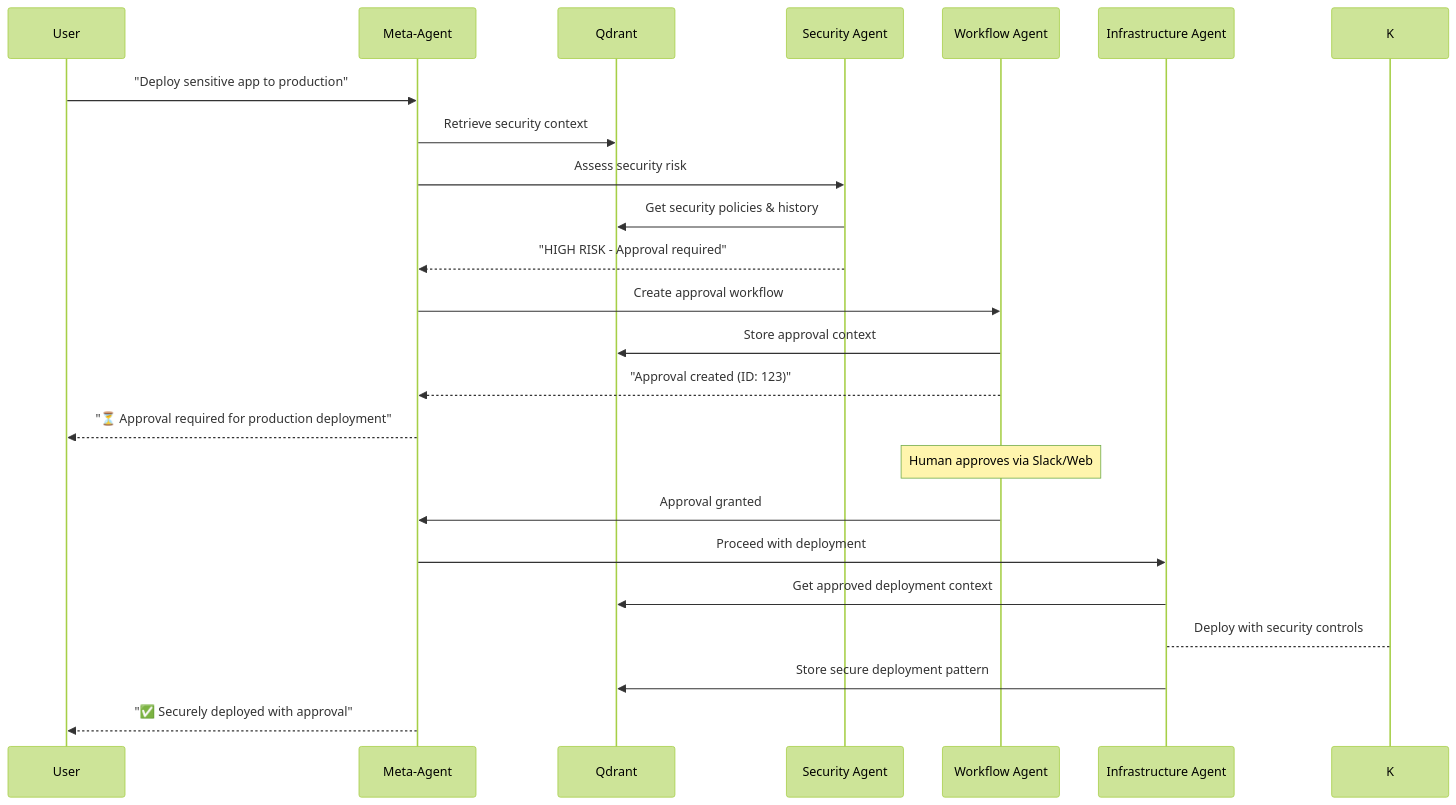
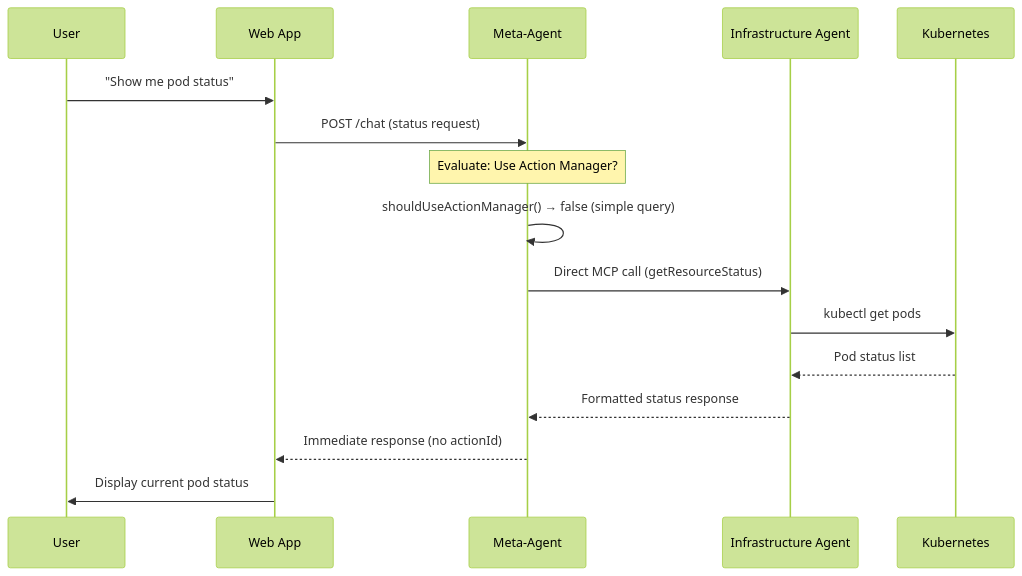
Before and after one commit to ayansasmal/idp-agent: the fourth of 6 diagrams in docs/MULTI-AGENT-ARCHITECTURE.md, drawn with Mermaid (forest theme). The commit also changed other lines of this file and 4 other files, not shown here.

````diff
--- a/docs/MULTI-AGENT-ARCHITECTURE.md
+++ b/docs/MULTI-AGENT-ARCHITECTURE.md
@@ -67,28 +267,21 @@
 ```mermaid
 sequenceDiagram
     participant U as User
+    participant W as Web App  
     participant M as Meta-Agent
-    participant Q as Qdrant
-    participant SA as Security Agent
-    participant WA as Workflow Agent
     participant IA as Infrastructure Agent
+    participant K as Kubernetes
 
-    U->>M: "Deploy sensitive app to production"
-    M->>Q: Retrieve security context
-    M->>SA: Assess security risk
-    SA->>Q: Get security policies & history
-    SA-->>M: "HIGH RISK - Approval required"
-    M->>WA: Create approval workflow
-    WA->>Q: Store approval context
-    WA-->>M: "Approval created (ID: 123)"
-    M-->>U: "⏳ Approval required for production deployment"
+    U->>W: "Show me pod status"
+    W->>M: POST /chat (status request)
     
-    Note over WA: Human approves via Slack/Web
+    Note over M: Evaluate: Use Action Manager?
+    M->>M: shouldUseActionManager() → false (simple query)
     
-    WA->>M: Approval granted
-    M->>IA: Proceed with deployment
-    IA->>Q: Get approved deployment context
-    IA-->K: Deploy with security controls
-    IA->>Q: Store secure deployment pattern
-    M-->>U: "✅ Securely deployed with approval"
+    M->>IA: Direct MCP call (getResourceStatus)
+    IA->>K: kubectl get pods
+    K-->>IA: Pod status list
+    IA-->>M: Formatted status response
+    M-->>W: Immediate response (no actionId)
+    W->>U: Display current pod status
 ```
````
